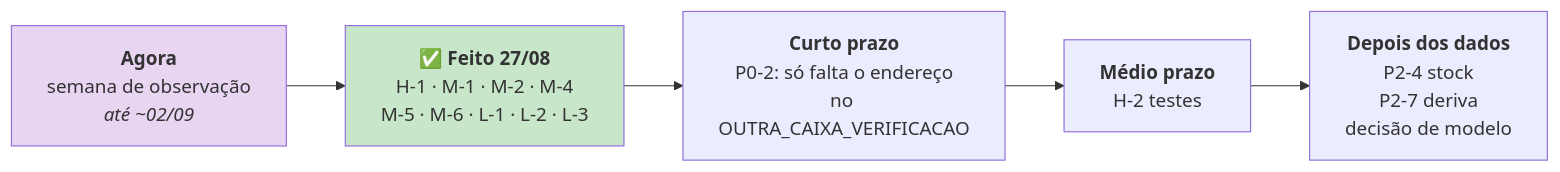
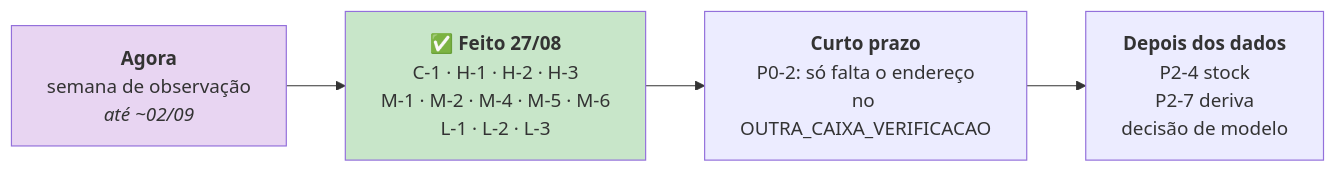
Before and after one commit to joaocarvalhini/Outlook-Reply-Assistant: the third of 3 diagrams in docs/07-roadmap/improvements.md, drawn with Mermaid. The commit also changed other lines of this file and 4 other files, not shown here.

````diff
--- a/docs/07-roadmap/improvements.md
+++ b/docs/07-roadmap/improvements.md
@@ -167,10 +161,9 @@
 ```mermaid
 flowchart LR
-    A["<b>Agora</b><br/>semana de observação<br/><i>até ~02/09</i>"] --> B["<b>✅ Feito 27/08</b><br/>H-1 · M-1 · M-2 · M-4<br/>M-5 · M-6 · L-1 · L-2 · L-3"]
+    A["<b>Agora</b><br/>semana de observação<br/><i>até ~02/09</i>"] --> B["<b>✅ Feito 27/08</b><br/>C-1 · H-1 · H-2 · H-3<br/>M-1 · M-2 · M-4 · M-5 · M-6<br/>L-1 · L-2 · L-3"]
     B --> C["<b>Curto prazo</b><br/>P0-2: só falta o endereço<br/>no OUTRA_CAIXA_VERIFICACAO"]
-    C --> D["<b>Médio prazo</b><br/>H-2 testes"]
-    D --> E["<b>Depois dos dados</b><br/>P2-4 stock<br/>P2-7 deriva<br/>decisão de modelo"]
+    C --> D["<b>Depois dos dados</b><br/>P2-4 stock<br/>P2-7 deriva<br/>decisão de modelo"]
 
     style A fill:#e8d5f2
     style B fill:#c8e6c9
 ```
````
